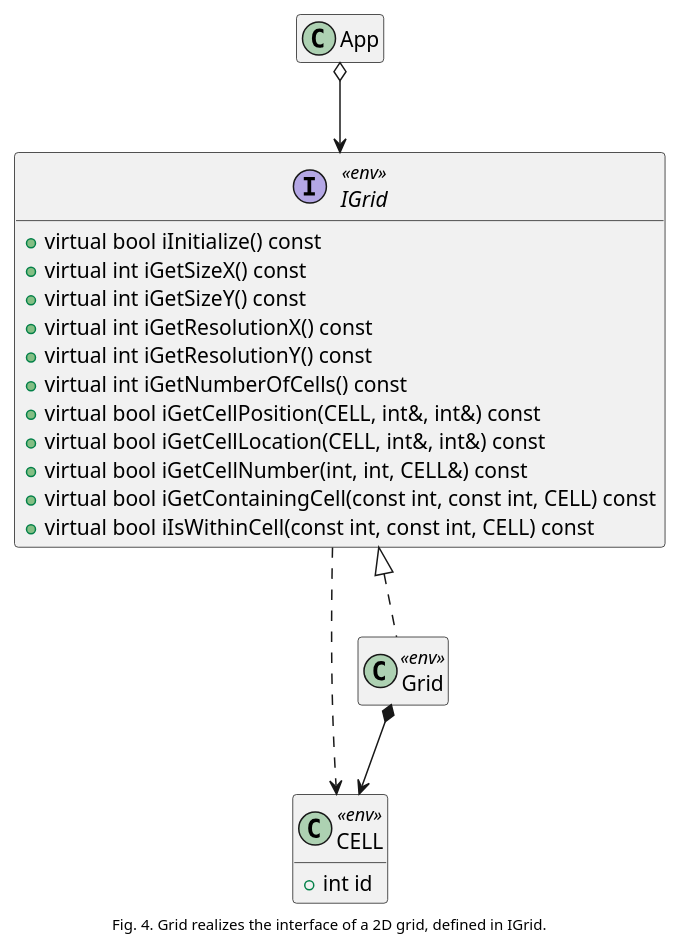
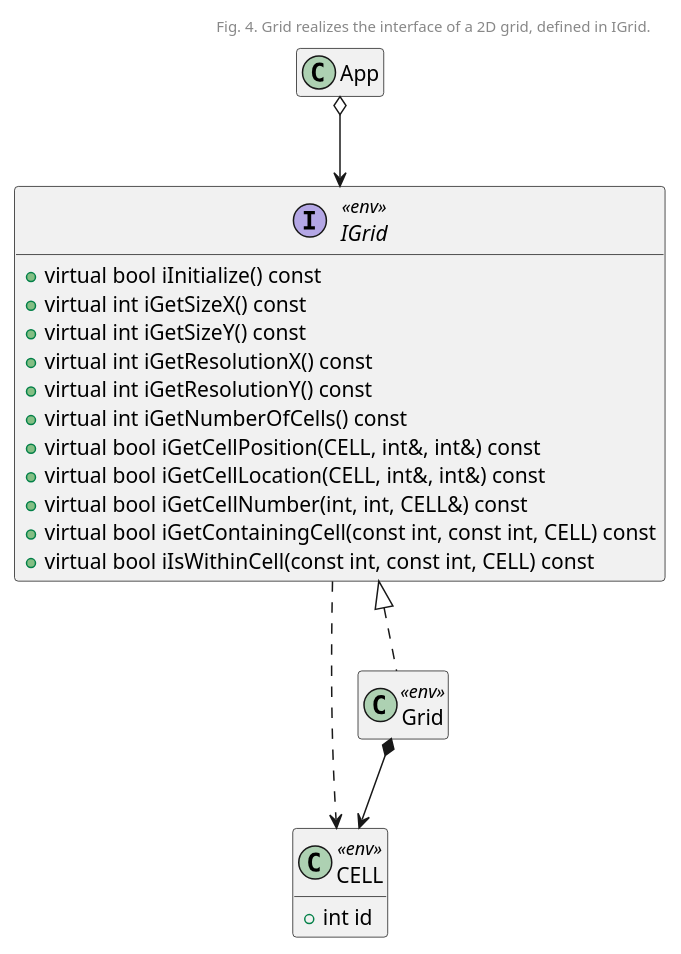
One commit to kanmeugne/kanmeugne.github.io changed the fourth of 4 diagrams in _posts/modsim/2020-09-29-sfml-2d-grid.md. Above: the diagram before and after it, drawn with PlantUML. The commit also changed other lines of this file and 1 other file, not shown here.

Commit message:
update grid obstacle

```diff
--- a/_posts/modsim/2020-09-29-sfml-2d-grid.md
+++ b/_posts/modsim/2020-09-29-sfml-2d-grid.md
@@ -361,34 +361,34 @@
 {% plantuml %}
 @startuml
-caption: <size:10> Fig. 4. Grid realizes the interface of a 2D grid, defined in IGrid. </size>
+header: <size:10> Fig. 4. Grid realizes the interface of a 2D grid, defined in IGrid. </size>
 class App {
     + void run()
     + void display()
 }
 class CELL <<env>> {
     + int id
 }
 interface IGrid <<env>> {
     + virtual bool iInitialize() const
     + virtual int iGetSizeX() const
     + virtual int iGetSizeY() const
     + virtual int iGetResolutionX() const
     + virtual int iGetResolutionY() const
     + virtual int iGetNumberOfCells() const
     + virtual bool iGetCellPosition(CELL, int&, int&) const
     + virtual bool iGetCellLocation(CELL, int&, int&) const
     + virtual bool iGetCellNumber(int, int, CELL&) const
     + virtual bool iGetContainingCell(const int, const int, CELL) const
     + virtual bool iIsWithinCell(const int, const int, CELL) const
 }
 class Grid <<env>> implements IGrid {
 }
 IGrid ..> CELL
 Grid *--> CELL
 App o--> IGrid
 hide App members
 hide IGrid fields
 hide CELL methods
 hide Grid members
 @enduml
 {% endplantuml %}
```
